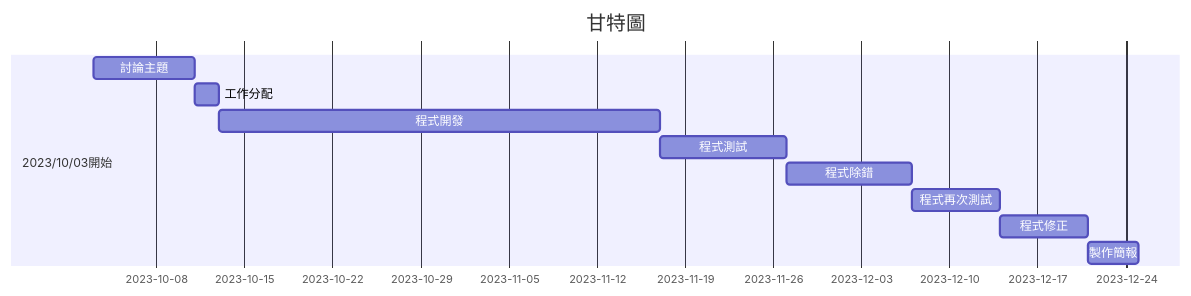
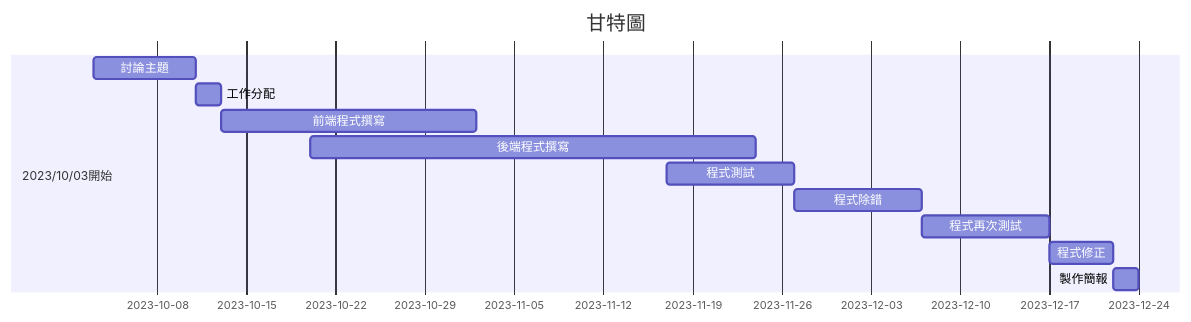
One commit to MYZ527/system_analysis_team11 changed the diagram in README.md. Above: the diagram before and after it, drawn with Mermaid.

````diff
--- a/README.md
+++ b/README.md
@@ -33,14 +33,15 @@
 ```mermaid
 gantt
     title 甘特圖
 
     section 2023/10/03開始
     討論主題      :a1, 2023-10-03, 8d
-    工作分配      :a2,after a1  , 2d
-    程式開發      :a3,after a2  , 35d
-    程式測試      :a4,after a3  , 10d
-    程式除錯      :a5,after a4  , 10d
-    程式再次測試      :a6,after a5  , 7d
-    程式修正      :a7,after a6  , 7d
-    製作簡報      :a8,after a7 , 4d
+    工作分配      :a2,2023-10-11  , 2d
+    前端程式撰寫  :a3,2023-10-13  , 20d
+    後端程式撰寫   :a4,2023-10-20  , 35d
+    程式測試      :a5,2023-11-17  , 10d
+    程式除錯      :a6,2023-11-27  , 10d
+    程式再次測試   :a7,2023-12-07  , 10d
+    程式修正      :a8,2023-12-17  , 5d
+    製作簡報      :a9,2023-12-22 , 2d
 ```
````
